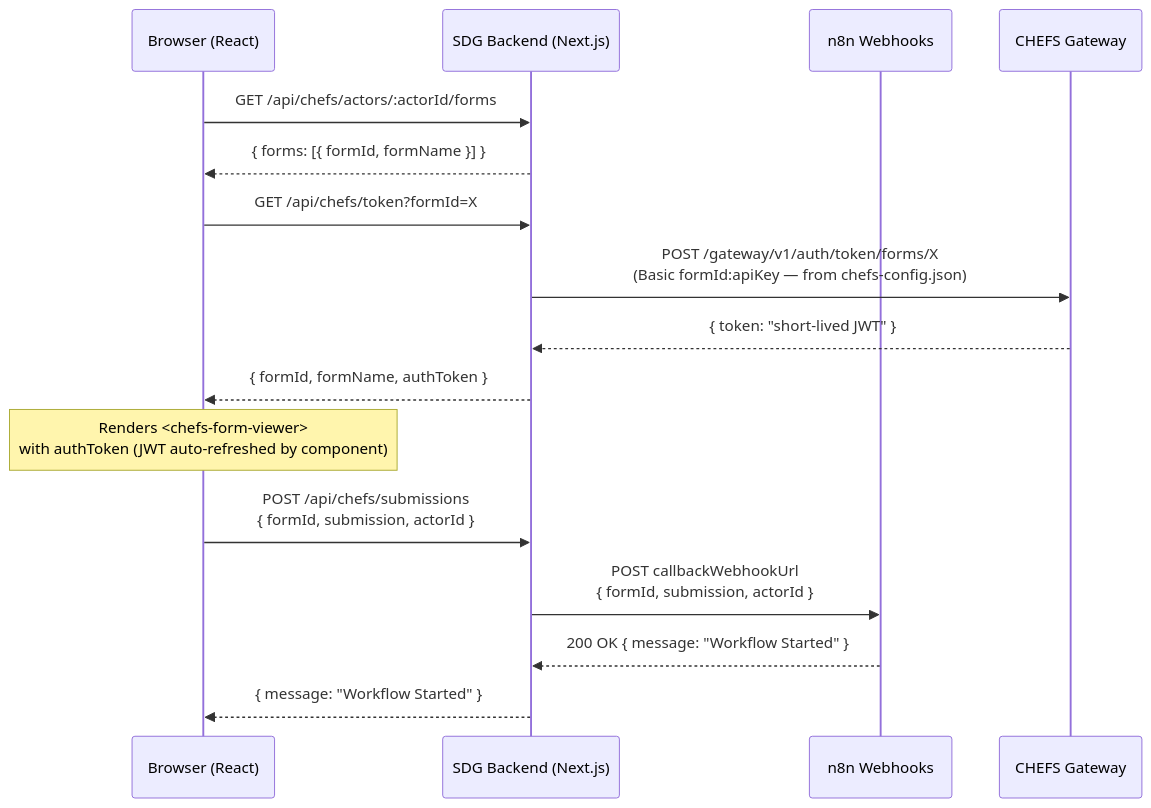
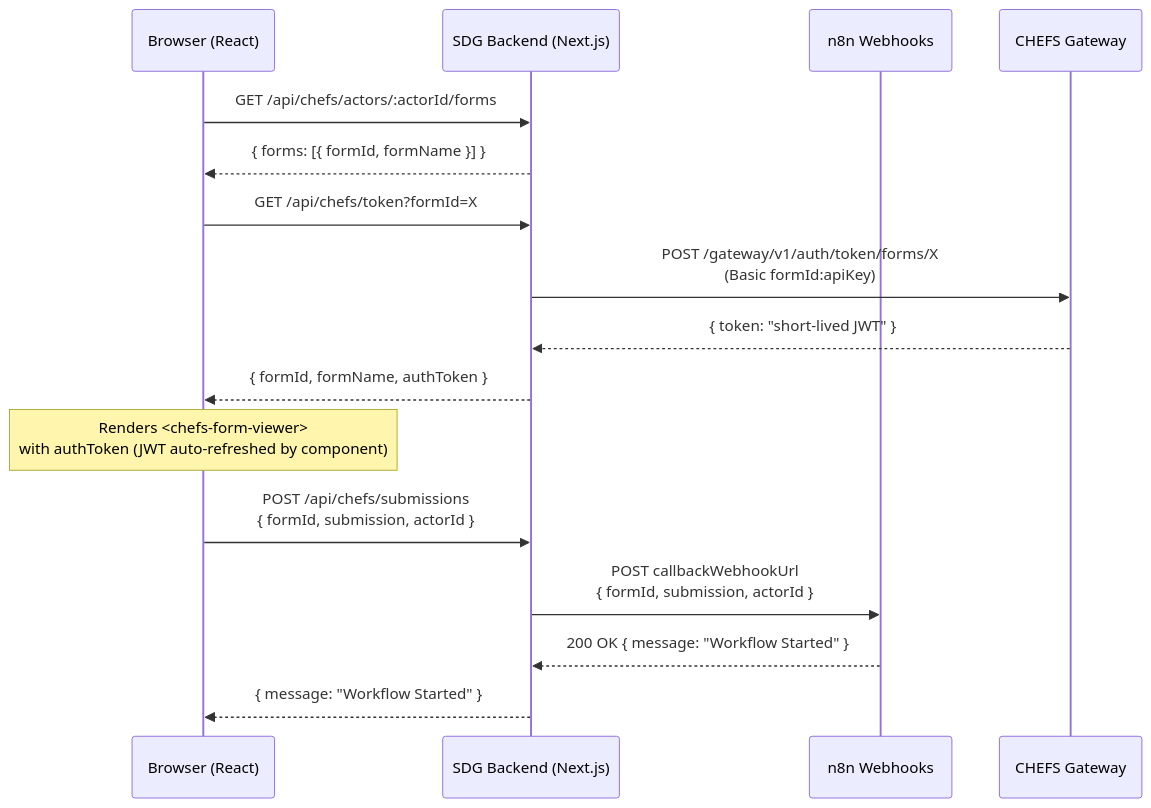
Before and after one commit to bcgov/common-hosted-workflow: the first of 3 diagrams in docker-compose/sdg-mock-app/README.md, drawn with Mermaid. The commit also changed other lines of this file and 17 other files, not shown here.

````diff
--- a/docker-compose/sdg-mock-app/README.md
+++ b/docker-compose/sdg-mock-app/README.md
@@ -9,22 +34,22 @@
 ```mermaid
 sequenceDiagram
     participant B as Browser (React)
     participant S as SDG Backend (Next.js)
     participant W as n8n Webhooks
     participant C as CHEFS Gateway
 
     B->>S: GET /api/chefs/actors/:actorId/forms
     S-->>B: { forms: [{ formId, formName }] }
 
     B->>S: GET /api/chefs/token?formId=X
-    S->>C: POST /gateway/v1/auth/token/forms/X<br/>(Basic formId:apiKey — from chefs-config.json)
+    S->>C: POST /gateway/v1/auth/token/forms/X<br/>(Basic formId:apiKey)
     C-->>S: { token: "short-lived JWT" }
     S-->>B: { formId, formName, authToken }
 
     Note over B: Renders <chefs-form-viewer><br/>with authToken (JWT auto-refreshed by component)
 
     B->>S: POST /api/chefs/submissions<br/>{ formId, submission, actorId }
     S->>W: POST callbackWebhookUrl<br/>{ formId, submission, actorId }
     W-->>S: 200 OK { message: "Workflow Started" }
     S-->>B: { message: "Workflow Started" }
 ```
````
